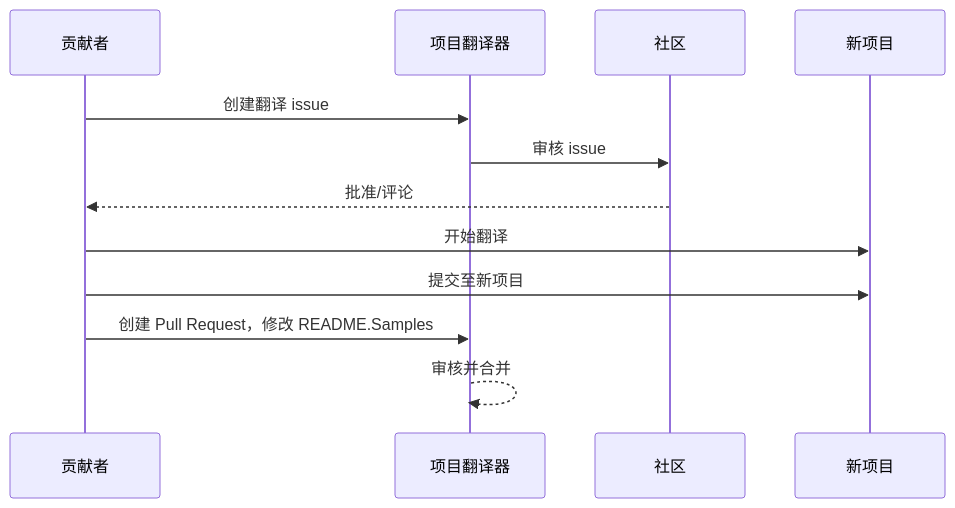
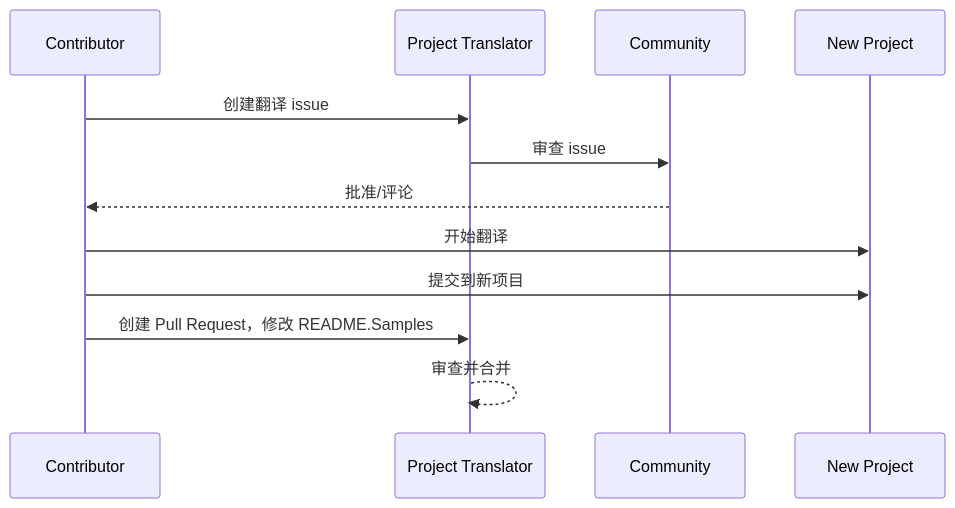
The diagram in readmes/README.zh-cn.md (Project-Translation/project_translator), drawn with Mermaid before and after one commit. The commit also changed other lines of this file and 48 other files, not shown here.

````diff
--- a/readmes/README.zh-cn.md
+++ b/readmes/README.zh-cn.md
@@ -50,10 +56,10 @@
 ```mermaid
 sequenceDiagram
-  贡献者->>项目翻译器: 创建翻译 issue
-  项目翻译器->>社区: 审核 issue
-  社区-->>贡献者: 批准/评论
-  贡献者->>新项目: 开始翻译
-  贡献者->>新项目: 提交至新项目
-  贡献者->>项目翻译器: 创建 Pull Request，修改 README.Samples
-  项目翻译器-->>项目翻译器: 审核并合并
+  Contributor->>Project Translator: 创建翻译 issue
+  Project Translator->>Community: 审查 issue
+  Community-->>Contributor: 批准/评论
+  Contributor->>New Project: 开始翻译
+  Contributor->>New Project: 提交到新项目
+  Contributor->>Project Translator: 创建 Pull Request，修改 README.Samples
+  Project Translator-->>Project Translator: 审查并合并
 ```
````
